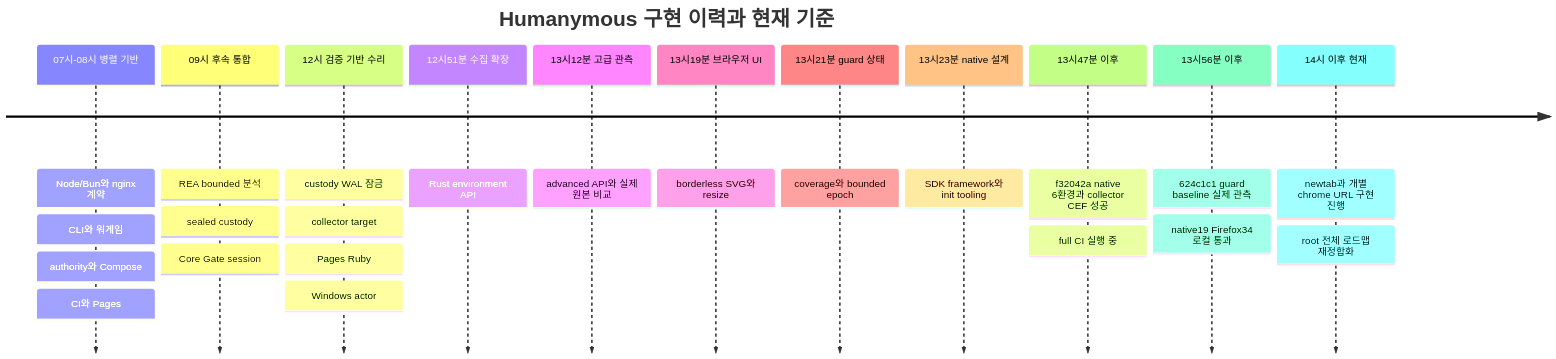
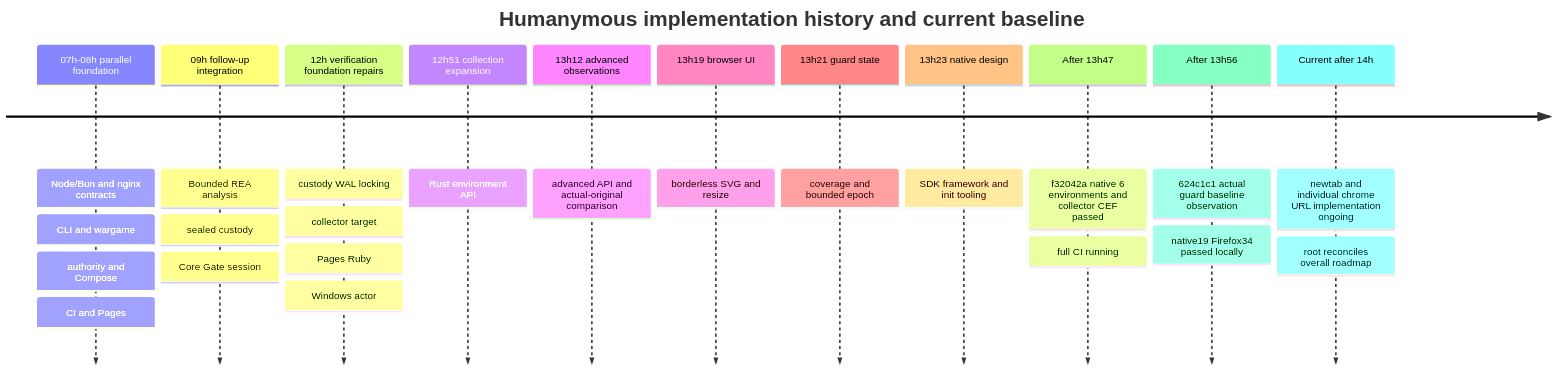
One commit to modootoday/humanymous changed the second of 3 diagrams in .spec/sot/program-roadmap.sot.md. Above: the diagram before and after it, drawn with Mermaid. The commit also changed other lines of this file and 1 other file, not shown here.

First line of the commit message:
docs(program): translate roadmap and record managed host exception

````diff
--- a/.spec/sot/program-roadmap.sot.md
+++ b/.spec/sot/program-roadmap.sot.md
@@ -370,15 +419,15 @@
 ```mermaid
 timeline
-  title Humanymous 구현 이력과 현재 기준
-  07시-08시 병렬 기반 : Node/Bun와 nginx 계약 : CLI와 워게임 : authority와 Compose : CI와 Pages
-  09시 후속 통합 : REA bounded 분석 : sealed custody : Core Gate session
-  12시 검증 기반 수리 : custody WAL 잠금 : collector target : Pages Ruby : Windows actor
-  12시51분 수집 확장 : Rust environment API
-  13시12분 고급 관측 : advanced API와 실제 원본 비교
-  13시19분 브라우저 UI : borderless SVG와 resize
-  13시21분 guard 상태 : coverage와 bounded epoch
-  13시23분 native 설계 : SDK framework와 init tooling
-  13시47분 이후 : f32042a native 6환경과 collector CEF 성공 : full CI 실행 중
-  13시56분 이후 : 624c1c1 guard baseline 실제 관측 : native19 Firefox34 로컬 통과
-  14시 이후 현재 : newtab과 개별 chrome URL 구현 진행 : root 전체 로드맵 재정합화
+  title Humanymous implementation history and current baseline
+  07h-08h parallel foundation : Node/Bun and nginx contracts : CLI and wargame : authority and Compose : CI and Pages
+  09h follow-up integration : Bounded REA analysis : sealed custody : Core Gate session
+  12h verification foundation repairs : custody WAL locking : collector target : Pages Ruby : Windows actor
+  12h51 collection expansion : Rust environment API
+  13h12 advanced observations : advanced API and actual-original comparison
+  13h19 browser UI : borderless SVG and resize
+  13h21 guard state : coverage and bounded epoch
+  13h23 native design : SDK framework and init tooling
+  After 13h47 : f32042a native 6 environments and collector CEF passed : full CI running
+  After 13h56 : 624c1c1 actual guard baseline observation : native19 Firefox34 passed locally
+  Current after 14h : newtab and individual chrome URL implementation ongoing : root reconciles overall roadmap
 ```
````
